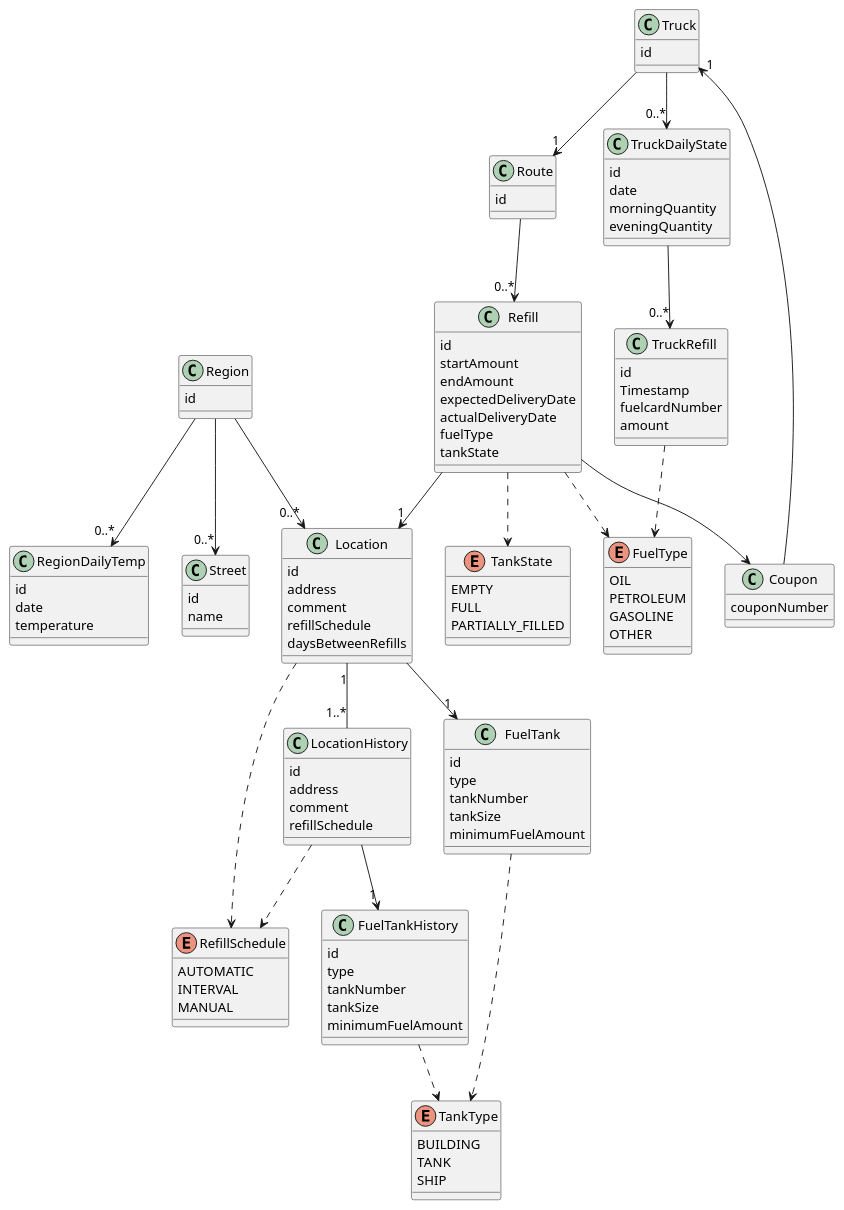
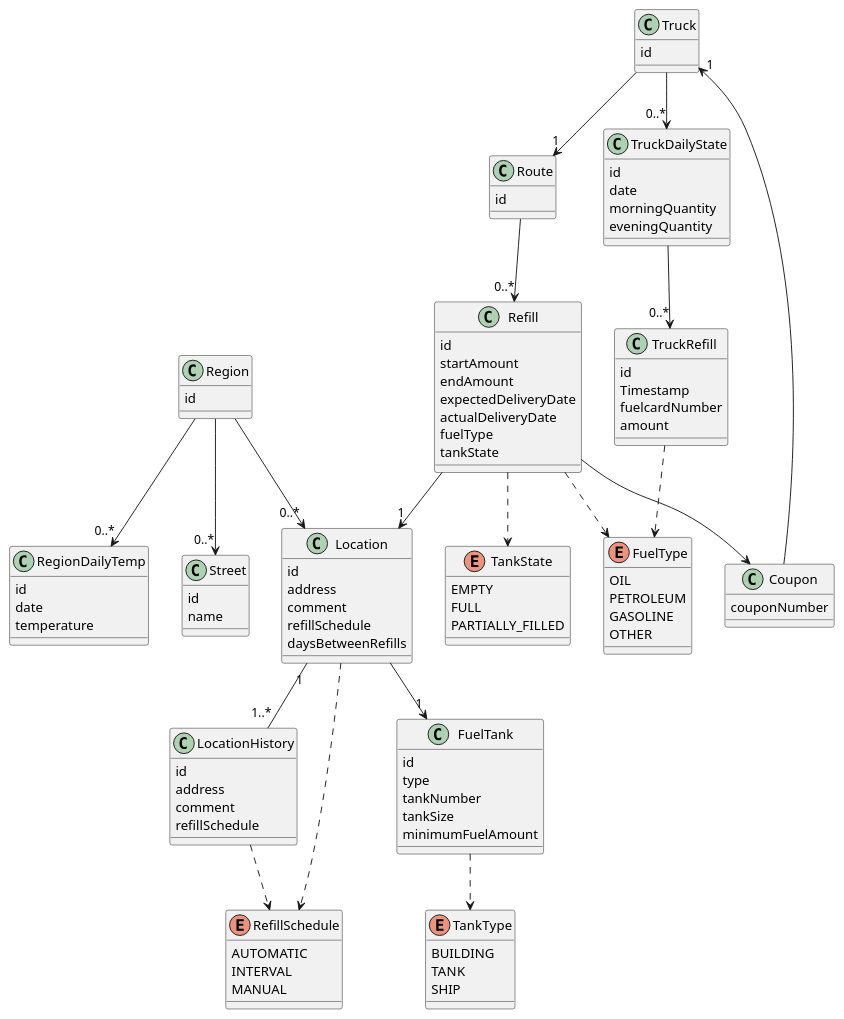
One commit to IT-Minds/client_comby_oilcontrols changed the diagram in docs/entity-datamodel.md. Above: the diagram before and after it, drawn with PlantUML. The commit also changed 6 other files, not shown here.

Commit message:
updated location history.

````diff
--- a/docs/entity-datamodel.md
+++ b/docs/entity-datamodel.md
@@ -103,14 +103,6 @@
   couponNumber
 }
 
-class FuelTankHistory {
-  id
-  type
-  tankNumber
-  tankSize
-  minimumFuelAmount
-}
-
 Truck --> "1" Route
 Route --> "0..*" Refill
 Refill --> "1" Location
@@ -128,10 +120,8 @@
 
 Location --> "1" FuelTank
 Location ..> RefillSchedule
-LocationHistory --> "1" FuelTankHistory
 LocationHistory ..> RefillSchedule
 Location "1" -- "1..*" LocationHistory
-FuelTankHistory ..> TankType
 @enduml
 
 ```
````
